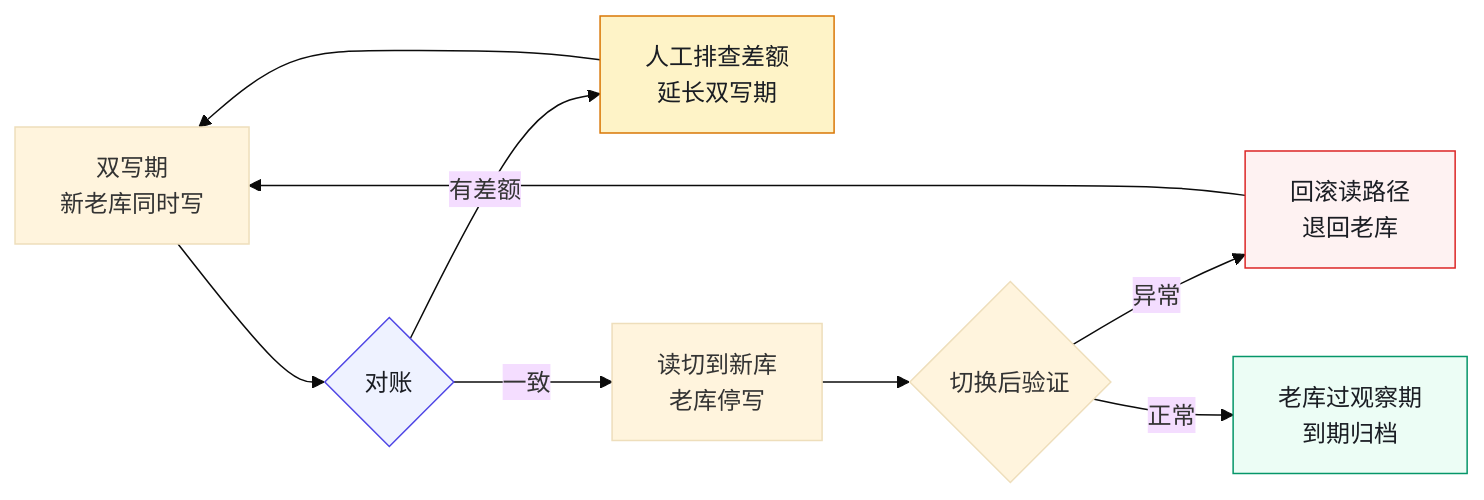
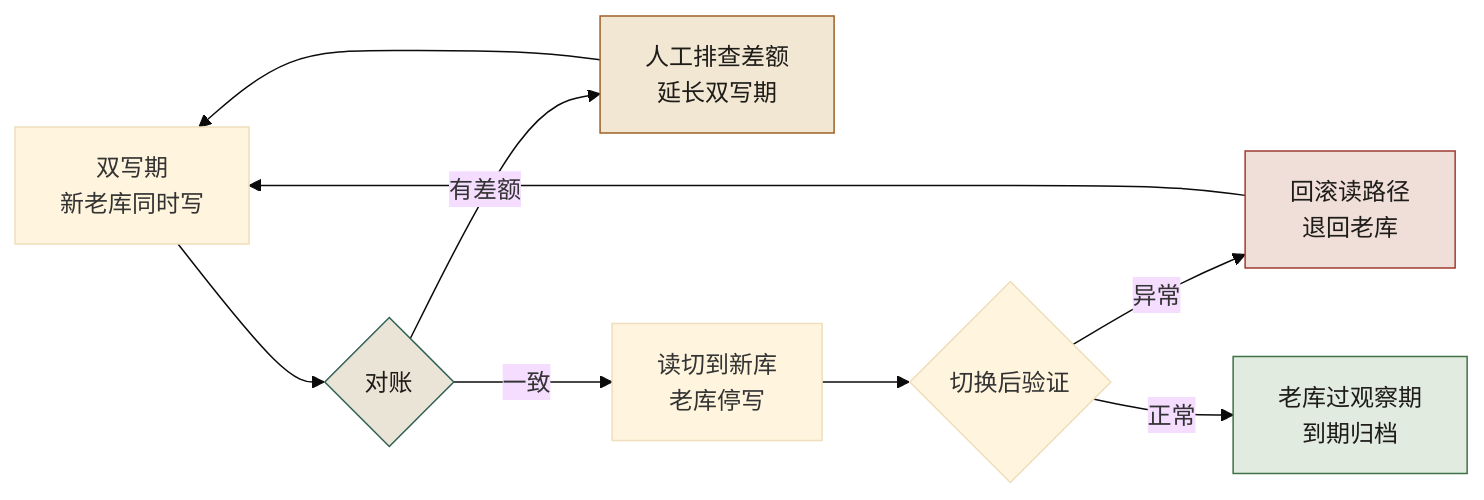
The second of 2 diagrams in docs/manuscript/ch17-第12章-数据与日志分家.md (funny8kids/AI_Native_Software_Engineering), drawn with Mermaid (base theme) before and after one commit. The commit also changed other lines of this file and 81 other files, not shown here.

````diff
--- a/docs/manuscript/ch17-第12章-数据与日志分家.md
+++ b/docs/manuscript/ch17-第12章-数据与日志分家.md
@@ -87,15 +94,15 @@
 ```mermaid
 flowchart LR
   DW[双写期<br/>新老库同时写] --> REC{对账}
   REC -->|有差额| INVEST[人工排查差额<br/>延长双写期]
   INVEST --> DW
   REC -->|一致| SWITCH[读切到新库<br/>老库停写]
   SWITCH --> VERIFY{切换后验证}
   VERIFY -->|异常| ROLLBACK[回滚读路径<br/>退回老库]
   ROLLBACK --> DW
   VERIFY -->|正常| ARCHIVE[老库过观察期<br/>到期归档]
-  style REC fill:#eef2ff,stroke:#4f46e5,color:#1a1d23
-  style INVEST fill:#fef3c7,stroke:#d97706,color:#1a1d23
-  style ROLLBACK fill:#fef2f2,stroke:#dc2626,color:#1a1d23
-  style ARCHIVE fill:#ecfdf5,stroke:#059669,color:#1a1d23
+  style REC fill:#eae4d6,stroke:#2f6154,color:#1e1c19
+  style INVEST fill:#f2e7d3,stroke:#9d6127,color:#1e1c19
+  style ROLLBACK fill:#f0dfd9,stroke:#a03b31,color:#1e1c19
+  style ARCHIVE fill:#e2ebdf,stroke:#3e7247,color:#1e1c19
 ```
````
